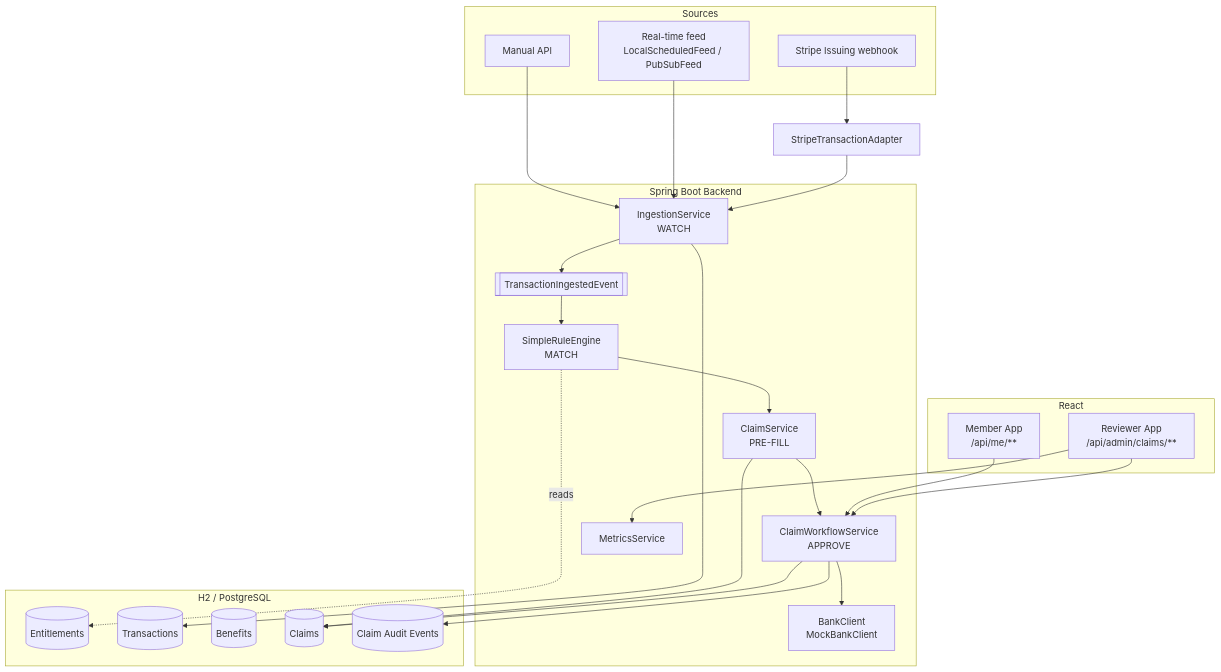
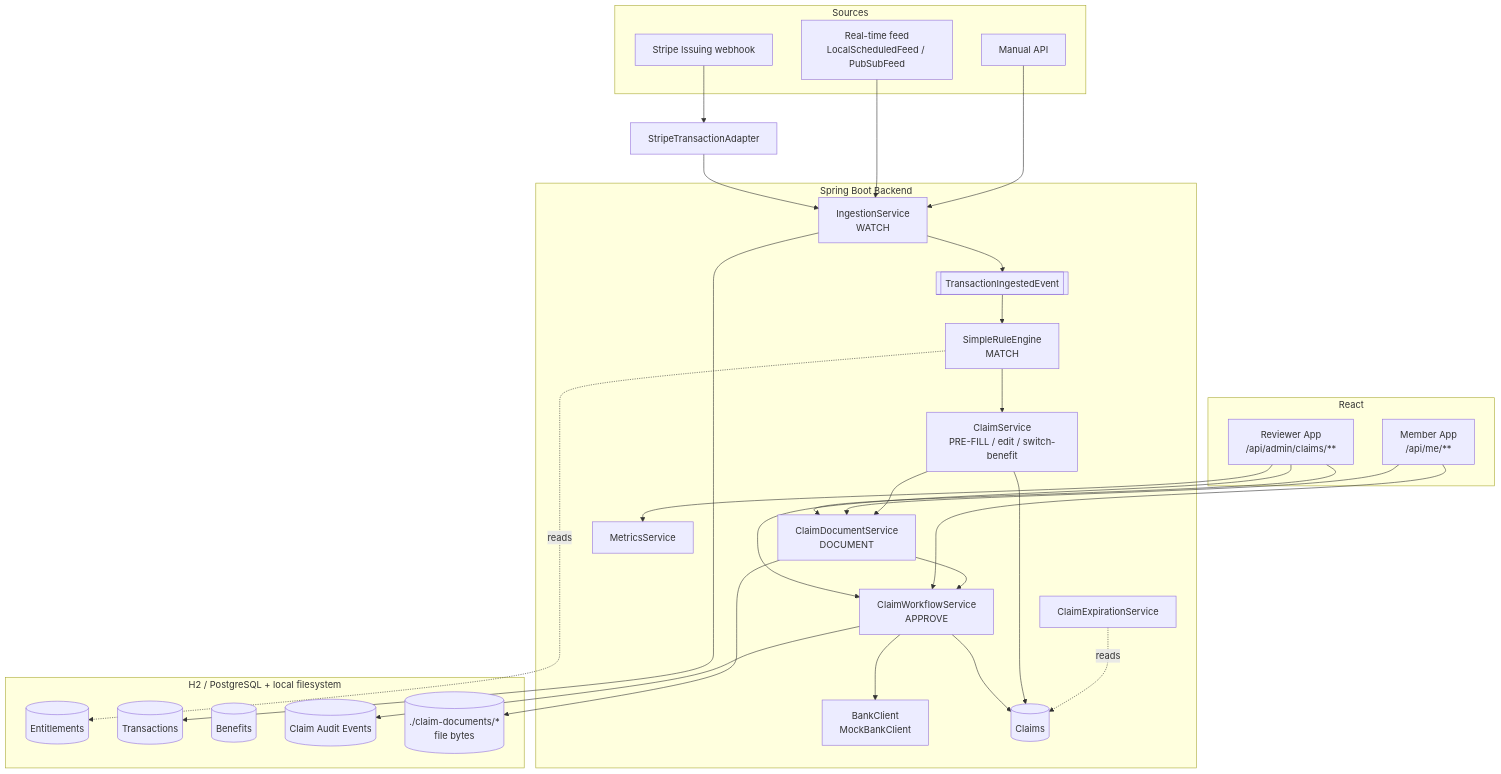
One commit to Pravesh165/Benovra-Project changed the third of 3 diagrams in README.md. Above: the diagram before and after it, drawn with Mermaid. The commit also changed other lines of this file, not shown here.

````diff
--- a/README.md
+++ b/README.md
@@ -206,43 +268,49 @@
 ```mermaid
 flowchart TD
     subgraph Sources
         MANUAL[Manual API]
         FEED[Real-time feed<br/>LocalScheduledFeed / PubSubFeed]
         STRIPE[Stripe Issuing webhook]
     end
 
     MANUAL --> ING
     FEED --> ING
     STRIPE --> ADP[StripeTransactionAdapter] --> ING
 
     subgraph Backend [Spring Boot Backend]
         ING[IngestionService<br/>WATCH] --> EVT[[TransactionIngestedEvent]]
         EVT --> ENG[SimpleRuleEngine<br/>MATCH]
-        ENG --> CLM[ClaimService<br/>PRE-FILL]
-        CLM --> WF[ClaimWorkflowService<br/>APPROVE]
+        ENG --> CLM[ClaimService<br/>PRE-FILL / edit / switch-benefit]
+        CLM --> DOC[ClaimDocumentService<br/>DOCUMENT]
+        DOC --> WF[ClaimWorkflowService<br/>APPROVE]
         WF --> BANK[BankClient<br/>MockBankClient]
+        EXP[ClaimExpirationService] -.reads.-> CL
         MET[MetricsService]
     end
 
     ENG -.reads.-> ENT[(Entitlements)]
-    subgraph Storage [H2 / PostgreSQL]
+    subgraph Storage [H2 / PostgreSQL + local filesystem]
         TXN[(Transactions)]
         BEN[(Benefits)]
         ENT
         CL[(Claims)]
         AU[(Claim Audit Events)]
+        FS[(./claim-documents/*<br/>file bytes)]
     end
 
     ING --> TXN
     CLM --> CL
+    DOC --> FS
     WF --> CL
     WF --> AU
 
     subgraph Frontend [React]
         MEMBER[Member App<br/>/api/me/**]
         REVIEWER[Reviewer App<br/>/api/admin/claims/**]
     end
     MEMBER --> WF
+    MEMBER --> DOC
     REVIEWER --> WF
+    REVIEWER --> DOC
     REVIEWER --> MET
 ```
````
